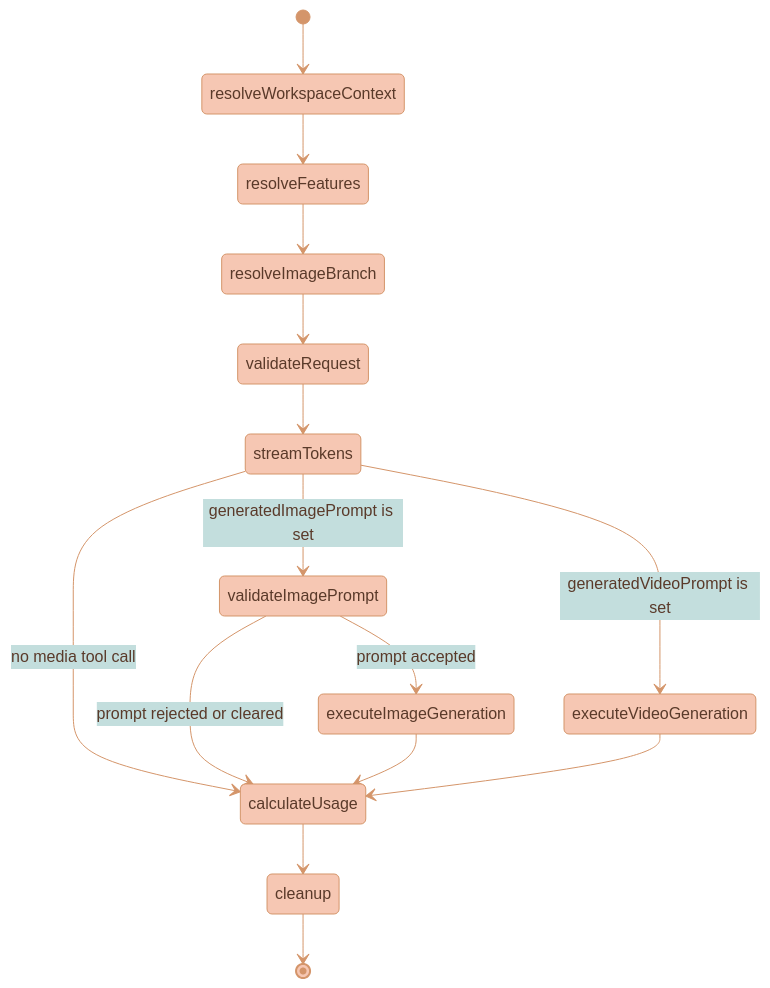
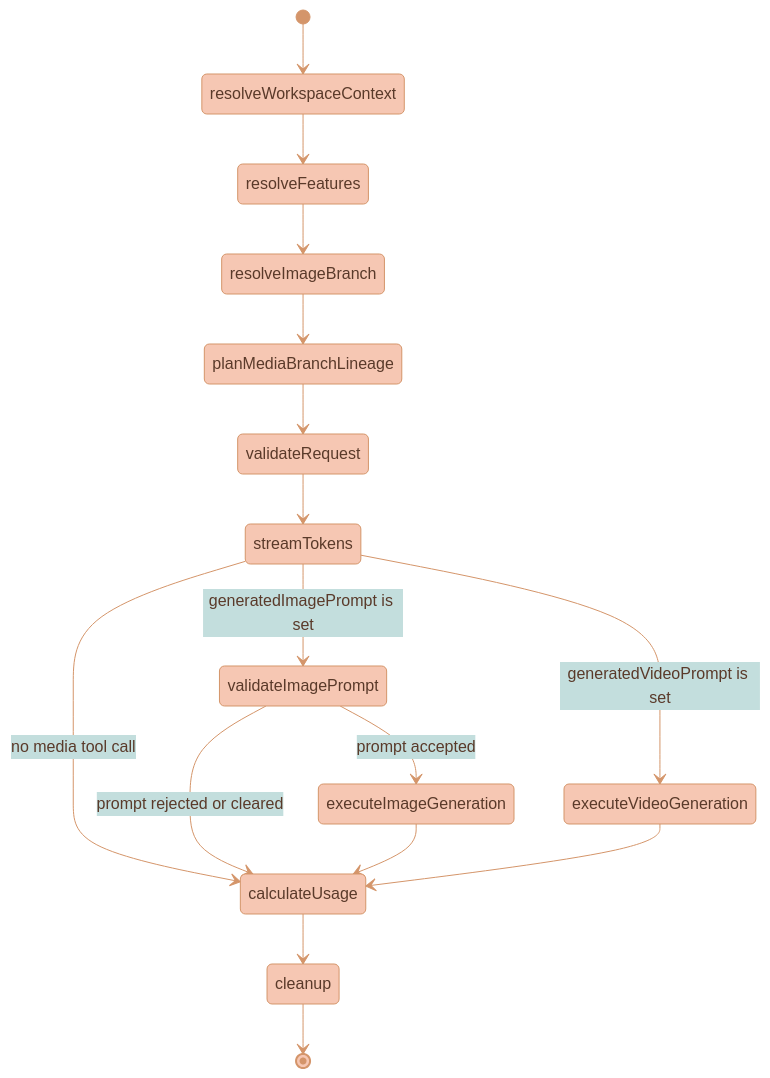
The first of 3 diagrams in documentation/platform/AI-GENERATION-PIPELINE.md (Lixpi/lixpi), drawn with Mermaid before and after one commit. The commit also changed other lines of this file and 61 other files, not shown here.

````diff
--- a/documentation/platform/AI-GENERATION-PIPELINE.md
+++ b/documentation/platform/AI-GENERATION-PIPELINE.md
@@ -22,22 +22,23 @@
 ```mermaid
 %%{init: {'theme': 'base', 'themeVariables': { 'primaryColor': '#F6C7B3', 'primaryTextColor': '#5a3a2a', 'primaryBorderColor': '#d4956a', 'secondaryColor': '#C3DEDD', 'secondaryTextColor': '#1a3a47', 'secondaryBorderColor': '#4a8a9d', 'tertiaryColor': '#DCECE9', 'tertiaryTextColor': '#1a3a47', 'tertiaryBorderColor': '#82B2C0', 'lineColor': '#d4956a', 'textColor': '#5a3a2a'}}}%%
 stateDiagram-v2
     [*] --> resolveWorkspaceContext
     resolveWorkspaceContext --> resolveFeatures
     resolveFeatures --> resolveImageBranch
-    resolveImageBranch --> validateRequest
+    resolveImageBranch --> planMediaBranchLineage
+    planMediaBranchLineage --> validateRequest
     validateRequest --> streamTokens
 
     streamTokens --> executeVideoGeneration: generatedVideoPrompt is set
     streamTokens --> validateImagePrompt: generatedImagePrompt is set
     streamTokens --> calculateUsage: no media tool call
 
     validateImagePrompt --> executeImageGeneration: prompt accepted
     validateImagePrompt --> calculateUsage: prompt rejected or cleared
 
     executeImageGeneration --> calculateUsage
     executeVideoGeneration --> calculateUsage
 
     calculateUsage --> cleanup
     cleanup --> [*]
 ```
````
